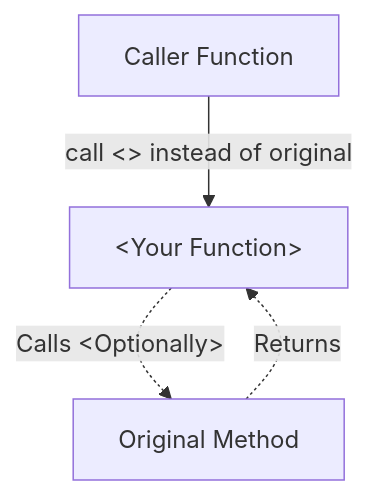
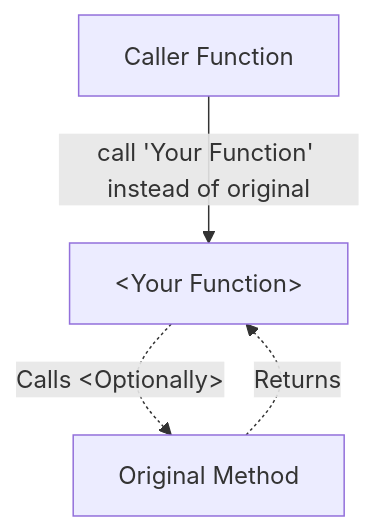
One commit to Reloaded-Project/Reloaded.Hooks-rs changed the second of 4 diagrams in docs/dev/design/branch-hooks/overview.md. Above: the diagram before and after it, drawn with Mermaid. The commit also changed other lines of this file and 3 other files, not shown here.

````diff
--- a/docs/dev/design/branch-hooks/overview.md
+++ b/docs/dev/design/branch-hooks/overview.md
@@ -62,10 +62,10 @@
 ```mermaid
 flowchart TD
     CF[Caller Function]
     HK["&lt;Your Function&gt;"]
     OM[Original Method]
 
-    CF -- "call &lt;<Your Function>&gt; instead of original" --> HK
+    CF -- "call 'Your Function' instead of original" --> HK
     HK -. "Calls &lt;Optionally&gt;" .-> OM
     OM -. "Returns" .-> HK
 ```
````
